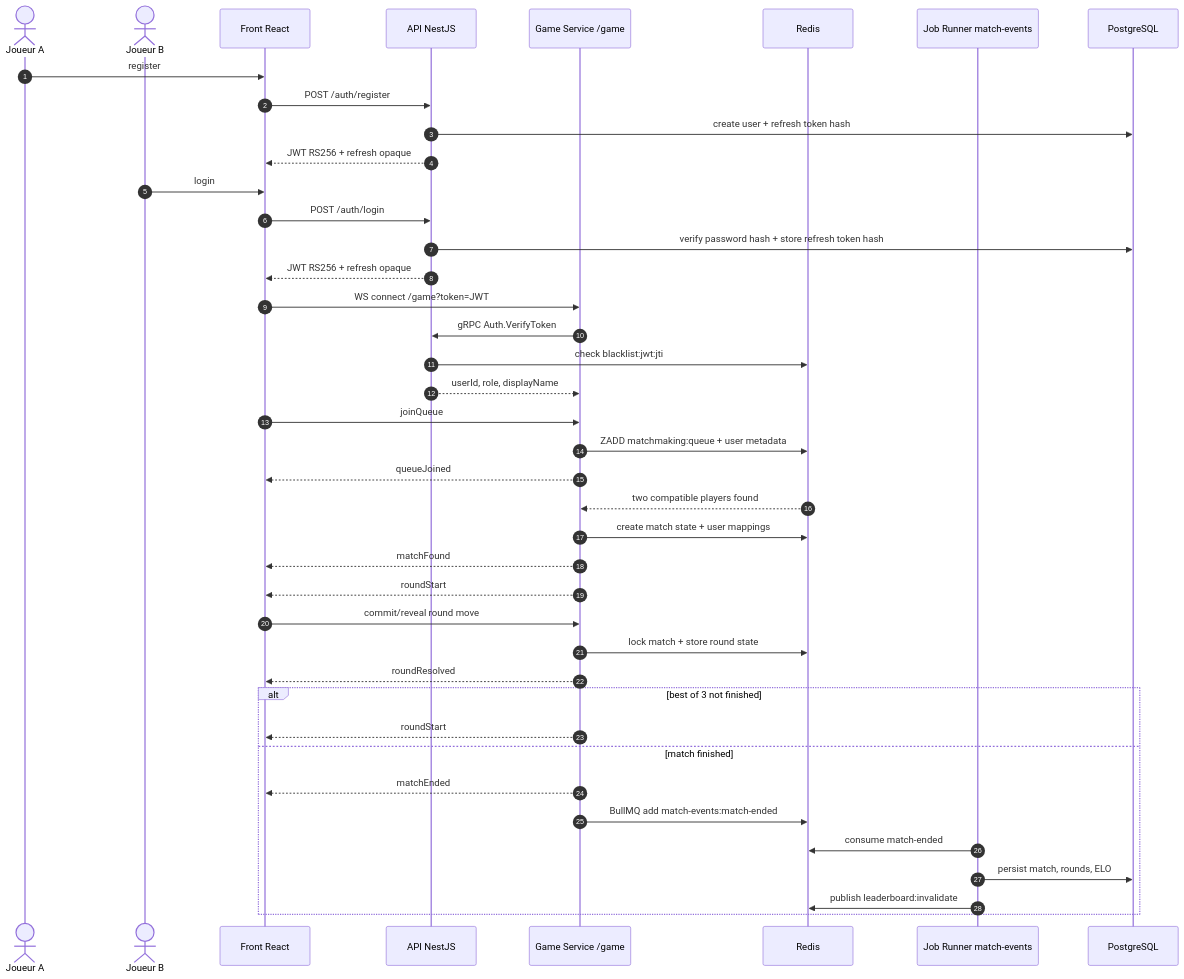
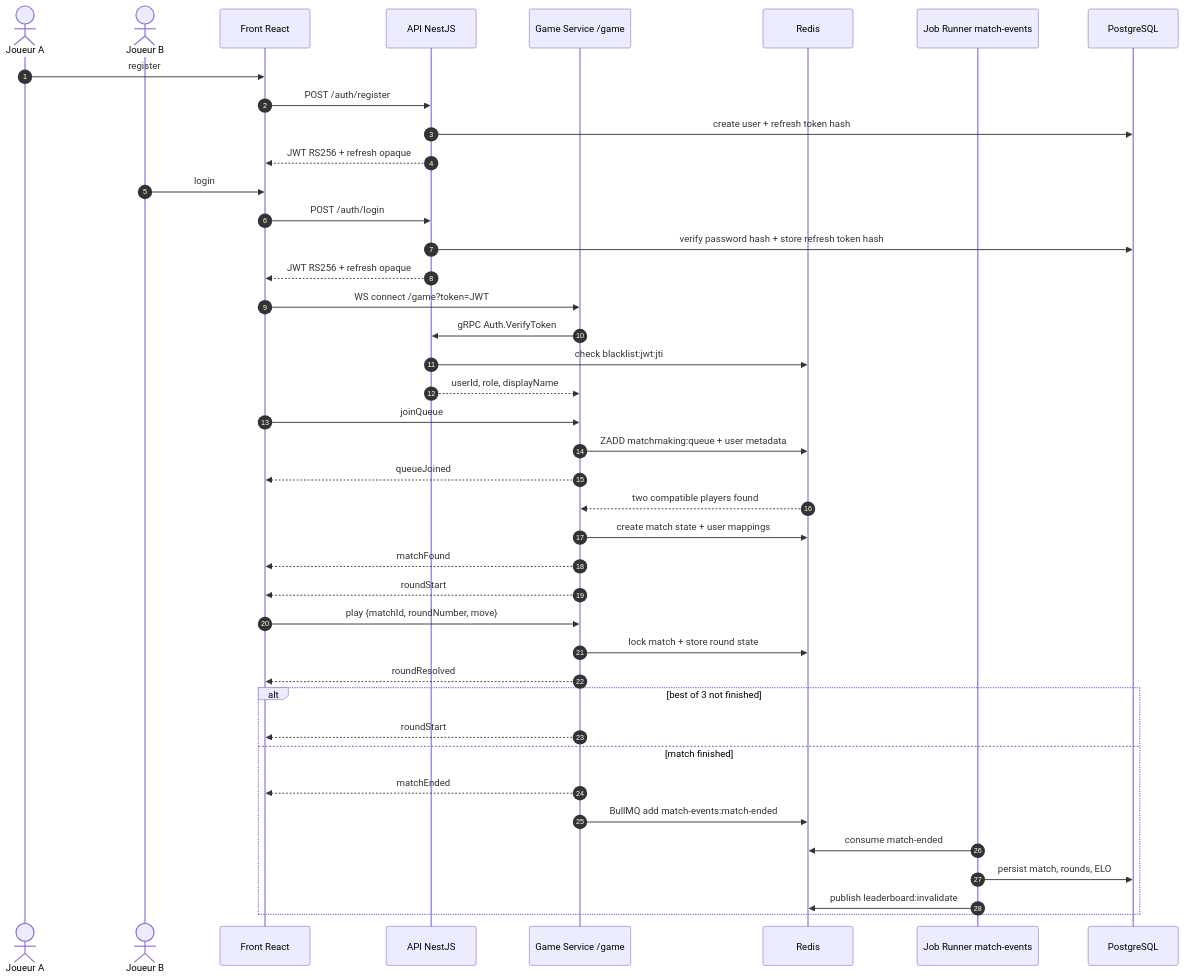
Before and after one commit to Team-3-Ynov/Chifoumi: the second of 3 diagrams in docs/architecture.md, drawn with Mermaid. The commit also changed other lines of this file, not shown here.

Commit message:
docs: address architecture review feedback

````diff
--- a/docs/architecture.md
+++ b/docs/architecture.md
@@ -64,47 +64,47 @@
 ```mermaid
 sequenceDiagram
   autonumber
   actor PlayerA as Joueur A
   actor PlayerB as Joueur B
   participant Front as Front React
   participant API as API NestJS
   participant Game as Game Service /game
   participant Redis as Redis
   participant Jobs as Job Runner match-events
   participant DB as PostgreSQL
 
   PlayerA->>Front: register
   Front->>API: POST /auth/register
   API->>DB: create user + refresh token hash
   API-->>Front: JWT RS256 + refresh opaque
   PlayerB->>Front: login
   Front->>API: POST /auth/login
   API->>DB: verify password hash + store refresh token hash
   API-->>Front: JWT RS256 + refresh opaque
 
   Front->>Game: WS connect /game?token=JWT
   Game->>API: gRPC Auth.VerifyToken
   API->>Redis: check blacklist:jwt:jti
   API-->>Game: userId, role, displayName
   Front->>Game: joinQueue
   Game->>Redis: ZADD matchmaking:queue + user metadata
   Game-->>Front: queueJoined
 
   Redis-->>Game: two compatible players found
   Game->>Redis: create match state + user mappings
   Game-->>Front: matchFound
   Game-->>Front: roundStart
 
-  Front->>Game: commit/reveal round move
+  Front->>Game: play {matchId, roundNumber, move}
   Game->>Redis: lock match + store round state
   Game-->>Front: roundResolved
   alt best of 3 not finished
     Game-->>Front: roundStart
   else match finished
     Game-->>Front: matchEnded
     Game->>Redis: BullMQ add match-events:match-ended
     Jobs->>Redis: consume match-ended
     Jobs->>DB: persist match, rounds, ELO
     Jobs->>Redis: publish leaderboard:invalidate
   end
 ```
````
